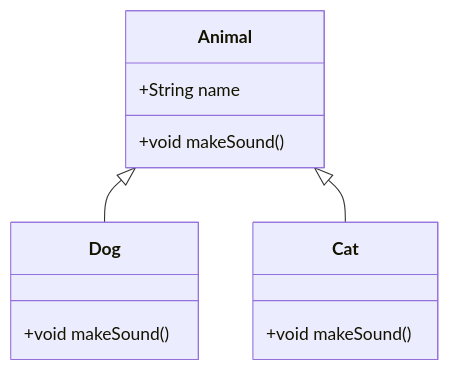
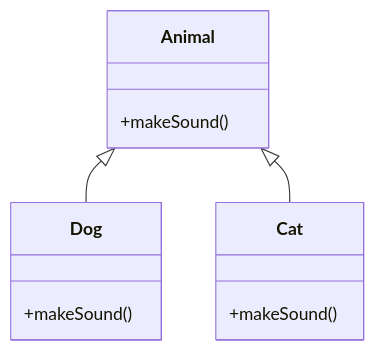
The diagram in oop-principles-in-java/README.md (VrushankPatel/interview-matters), drawn with Mermaid before and after one commit. The commit also changed other lines of this file and 4 other files, not shown here.

````diff
--- a/oop-principles-in-java/README.md
+++ b/oop-principles-in-java/README.md
@@ -33,15 +41,14 @@
 ```mermaid
 classDiagram
-class Animal {
-    +String name
-    +void makeSound()
-}
-class Dog {
-    +void makeSound()
-}
-class Cat {
-    +void makeSound()
-}
-Animal <|-- Dog
-Animal <|-- Cat
+    class Animal {
+        +makeSound()
+    }
+    class Dog {
+        +makeSound()
+    }
+    class Cat {
+        +makeSound()
+    }
+    Animal <|-- Dog
+    Animal <|-- Cat
 ```
````
